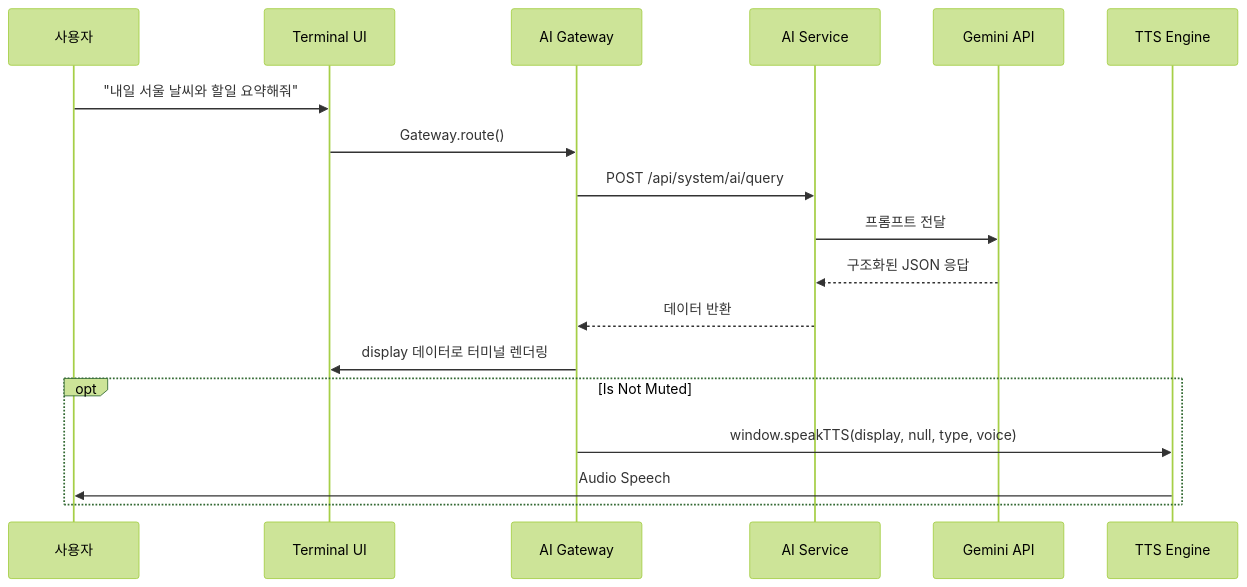
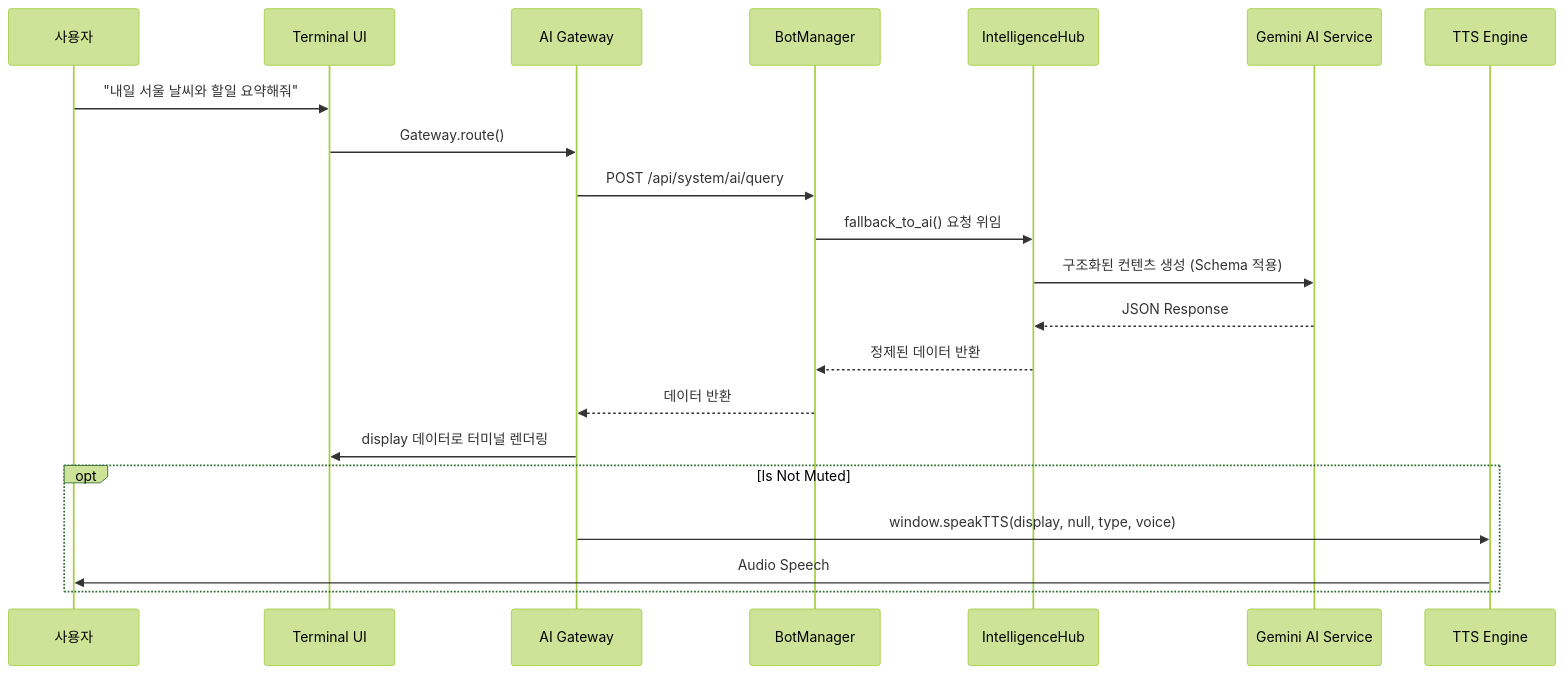
One commit to leeyj/aegis_avata changed the third of 3 diagrams in docs/ARCHITECTURE.md. Above: the diagram before and after it, drawn with Mermaid (forest theme). The commit also changed other lines of this file and 221 other files, not shown here.

````diff
--- a/docs/ARCHITECTURE.md
+++ b/docs/ARCHITECTURE.md
@@ -172,26 +186,28 @@
 ```mermaid
 sequenceDiagram
     participant User as 사용자
     participant Term as Terminal UI
     participant GW as AI Gateway
-    participant Backend as AI Service
-    participant Gemini as Gemini API
+    participant BotMgr as BotManager
+    participant Intel as IntelligenceHub
+    participant Gemini as Gemini AI Service
     participant TTS as TTS Engine
     
     User->>Term: "내일 서울 날씨와 할일 요약해줘"
     Term->>GW: Gateway.route()
     
-    GW->>Backend: POST /api/system/ai/query
+    GW->>BotMgr: POST /api/system/ai/query
+    BotMgr->>Intel: fallback_to_ai() 요청 위임
+    Intel->>Gemini: 구조화된 컨텐츠 생성 (Schema 적용)
+    Gemini-->>Intel: JSON Response
+    Intel-->>BotMgr: 정제된 데이터 반환
     
-    Backend->>Gemini: 프롬프트 전달
-    Gemini-->>Backend: 구조화된 JSON 응답
-    
-    Backend-->>GW: 데이터 반환
+    BotMgr-->>GW: 데이터 반환
     
     GW->>Term: display 데이터로 터미널 렌더링
     
     opt Is Not Muted
     GW->>TTS: window.speakTTS(display, null, type, voice)
     TTS->>User: Audio Speech
     end
 ```
````
